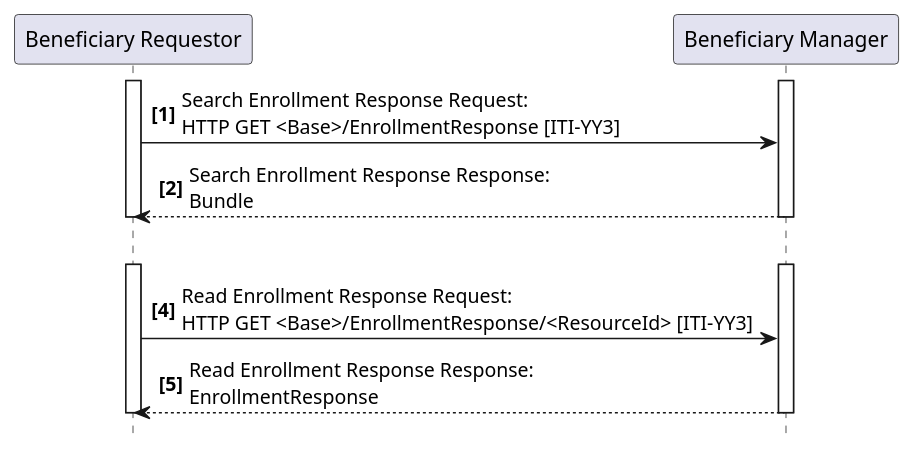
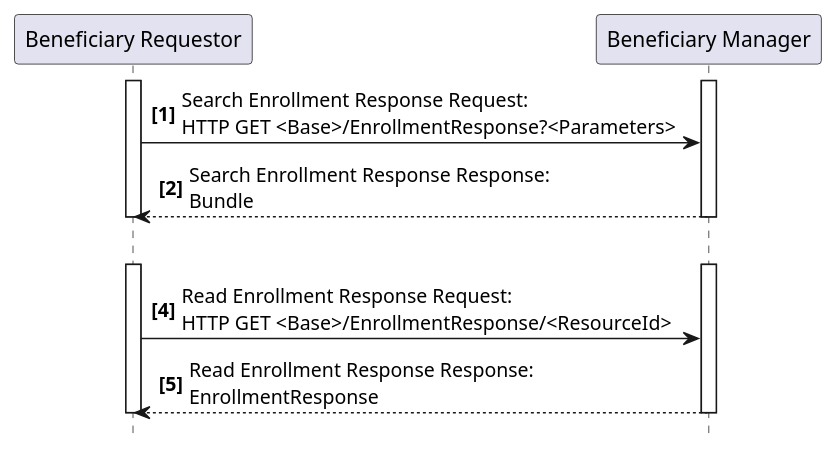
Before and after one commit to IHE/ITI.Finance: the diagram in input/images-source/ITI-YY3-seq.plantuml, drawn with PlantUML. The commit also changed 23 other files, not shown here.

```diff
--- a/input/images-source/ITI-YY3-seq.plantuml
+++ b/input/images-source/ITI-YY3-seq.plantuml
@@ -1,22 +1,22 @@
 @startuml
 skinparam svgDimensionStyle false
 hide footbox
 autonumber "<b>[0]"
 participant "Beneficiary Requestor" as Req
 participant "Beneficiary Manager" as Man
 activate Req
 activate Man
-Req -> Man : Search Enrollment Response Request:\nHTTP GET <Base>/EnrollmentResponse [ITI-YY3]
+Req -> Man : Search Enrollment Response Request:\nHTTP GET <Base>/EnrollmentResponse?<Parameters>
 Man --> Req : Search Enrollment Response Response:\nBundle
 deactivate Man
 deactivate Req
 
 Req -[hidden]> Man
 activate Req
 activate Man 
-Req -> Man : Read Enrollment Response Request:\nHTTP GET <Base>/EnrollmentResponse/<ResourceId> [ITI-YY3]
+Req -> Man : Read Enrollment Response Request:\nHTTP GET <Base>/EnrollmentResponse/<ResourceId>
 Man --> Req : Read Enrollment Response Response:\nEnrollmentResponse
 deactivate Man
 deactivate Req
 
 @enduml
```
